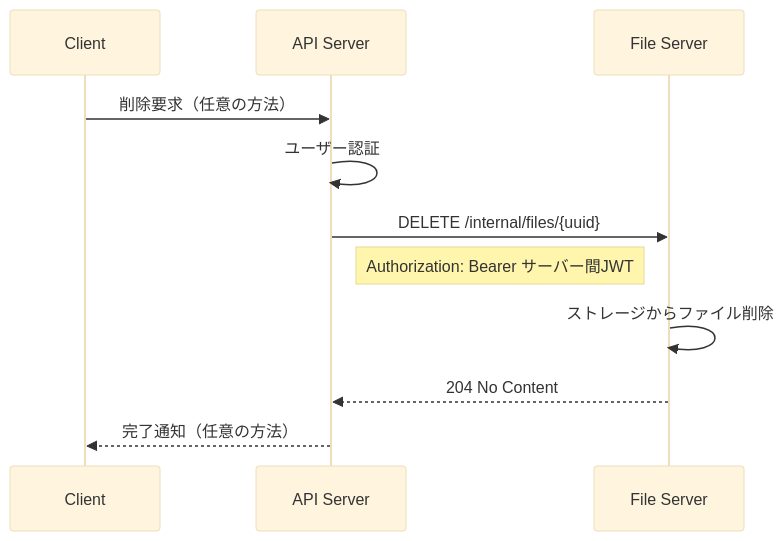
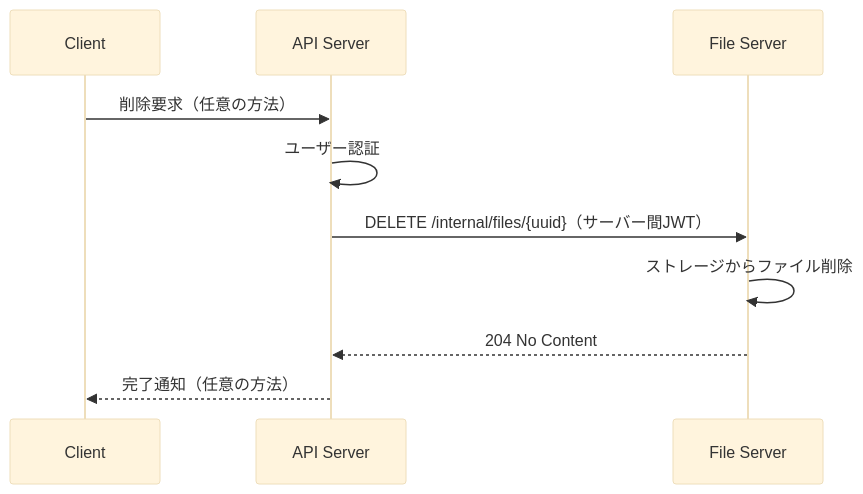
The fourth of 5 diagrams in docs/spec.md (kigawa01/kaft), drawn with Mermaid (base theme) before and after one commit. The commit also changed other lines of this file, not shown here.

Commit message:
plan: MermaidのNote除去・コロン起因のパースエラーを解消 refs #2

````diff
--- a/docs/spec.md
+++ b/docs/spec.md
@@ -175,14 +169,13 @@
 ```mermaid
 sequenceDiagram
     participant C as Client
     participant A as API Server
     participant F as File Server
 
     C->>A: 削除要求（任意の方法）
     A->>A: ユーザー認証
-    A->>F: DELETE /internal/files/{uuid}
-    Note right of A: Authorization: Bearer サーバー間JWT
+    A->>F: DELETE /internal/files/{uuid}（サーバー間JWT）
     F->>F: ストレージからファイル削除
     F-->>A: 204 No Content
     A-->>C: 完了通知（任意の方法）
 ```
````
